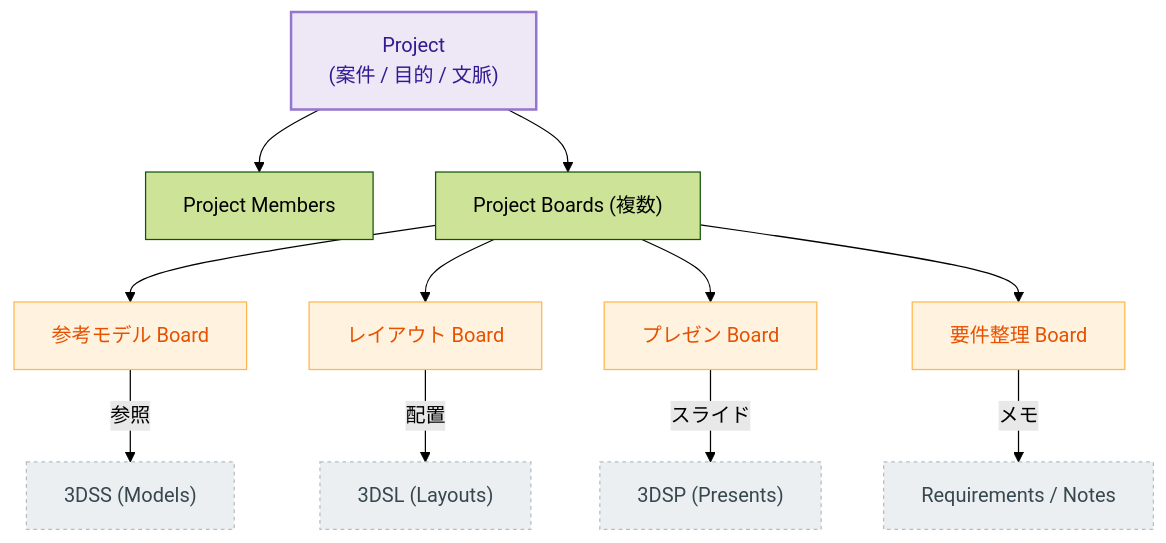
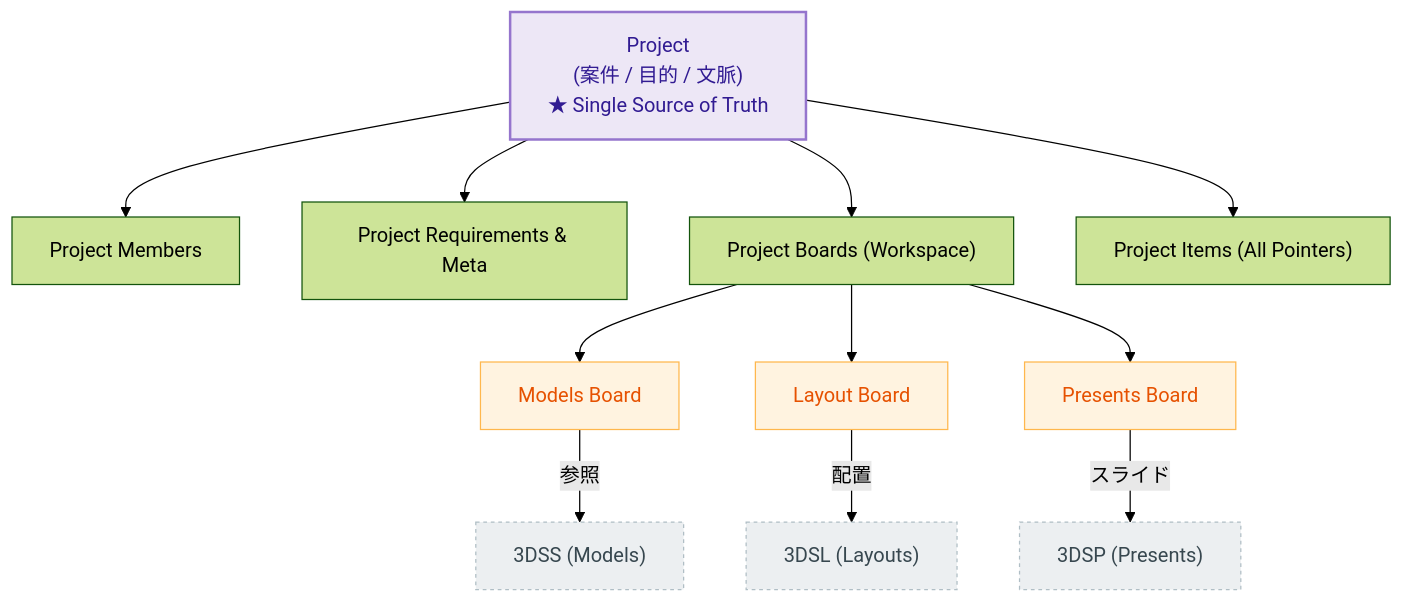
Before and after one commit to sekkeiya/SEKKEIYA: the diagram in docs/diagrams/project-board-map.md, drawn with Mermaid (forest theme). The commit also changed other lines of this file and 2422 other files, not shown here.

````diff
--- a/docs/diagrams/project-board-map.md
+++ b/docs/diagrams/project-board-map.md
@@ -5,34 +5,34 @@
 ```mermaid
 flowchart TD
     classDef project fill:#ede7f6,stroke:#9575cd,color:#311b92,stroke-width:2px;
     classDef board fill:#fff3e0,stroke:#ffb74d,color:#e65100,stroke-width:1px;
     classDef subapp fill:#eceff1,stroke:#b0bec5,color:#37474f,stroke-dasharray: 3 3;
 
-    Proj["Project<br>(案件 / 目的 / 文脈)"]:::project
+    Proj["Project<br>(案件 / 目的 / 文脈)<br>★ Single Source of Truth"]:::project
     
     Members["Project Members"]
-    Boards["Project Boards (複数)"]
+    Meta["Project Requirements & Meta"]
+    Boards["Project Boards (Workspace)"]
+    Items["Project Items (All Pointers)"]
     
-    B_Ref["参考モデル Board"]:::board
-    B_Layout["レイアウト Board"]:::board
-    B_Presen["プレゼン Board"]:::board
-    B_Req["要件整理 Board"]:::board
+    B_Ref["Models Board"]:::board
+    B_Layout["Layout Board"]:::board
+    B_Presen["Presents Board"]:::board
 
     App_3DSS["3DSS (Models)"]:::subapp
     App_3DSL["3DSL (Layouts)"]:::subapp
     App_3DSP["3DSP (Presents)"]:::subapp
-    App_Req["Requirements / Notes"]:::subapp
 
     Proj --> Members
+    Proj --> Meta
+    Proj --> Items
     Proj --> Boards
     
     Boards --> B_Ref
     Boards --> B_Layout
     Boards --> B_Presen
-    Boards --> B_Req
 
     B_Ref -->|"参照"| App_3DSS
     B_Layout -->|"配置"| App_3DSL
     B_Presen -->|"スライド"| App_3DSP
-    B_Req -->|"メモ"| App_Req
 ```
````
